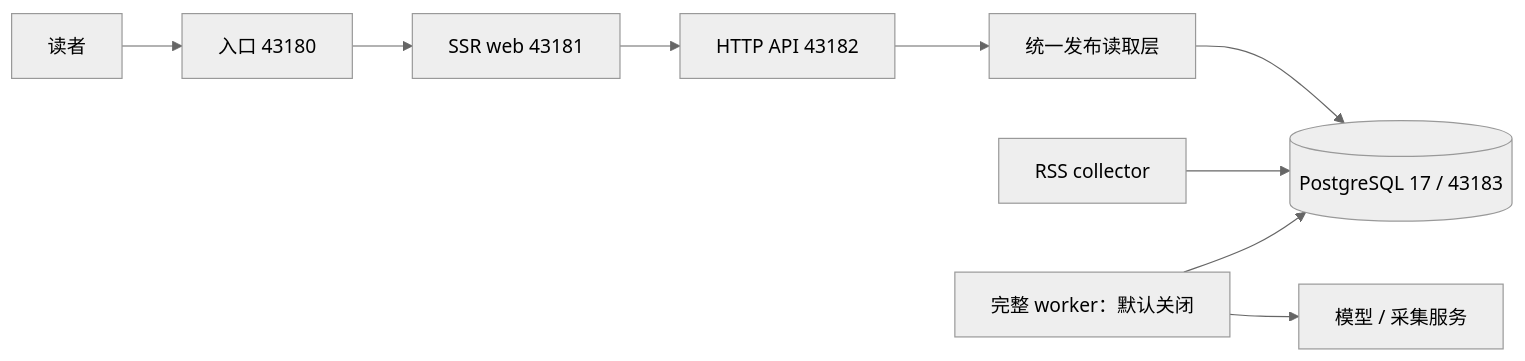
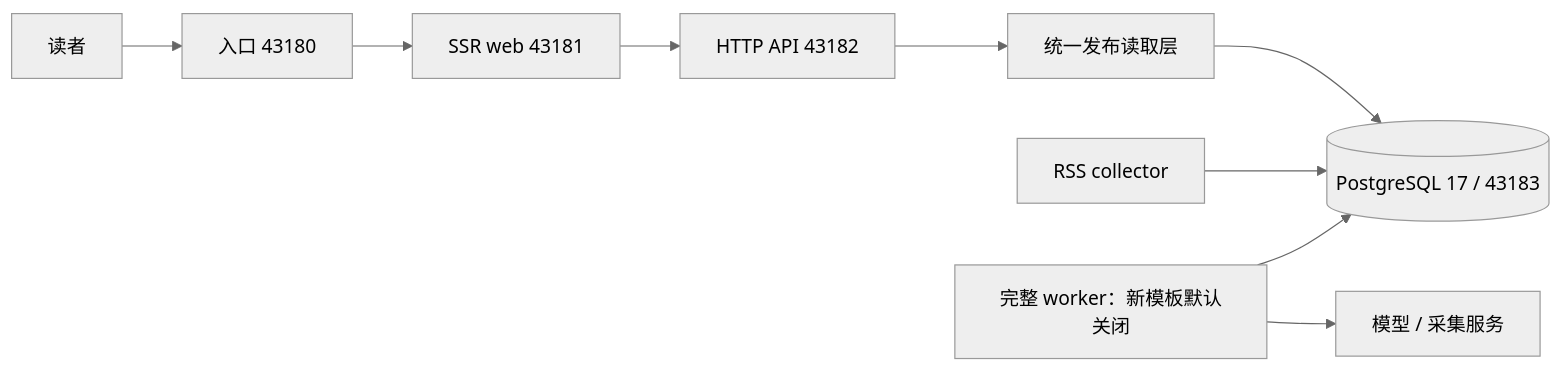
One commit to echohaoran/AI-Meow-News changed the diagram in docs/项目架构.md. Above: the diagram before and after it, drawn with Mermaid (neutral theme). The commit also changed 31 other files, not shown here.

````diff
--- a/docs/项目架构.md
+++ b/docs/项目架构.md
@@ -5,11 +5,11 @@
 ```mermaid
 flowchart LR
   Reader[读者] --> Ingress[入口 43180]
   Ingress --> Web[SSR web 43181]
   Web --> API[HTTP API 43182]
   API --> Publication[统一发布读取层]
   Publication --> DB[(PostgreSQL 17 / 43183)]
   Collector[RSS collector] --> DB
-  Worker[完整 worker：默认关闭] --> DB
+  Worker[完整 worker：新模板默认关闭] --> DB
   Worker --> Providers[模型 / 采集服务]
 ```
````
